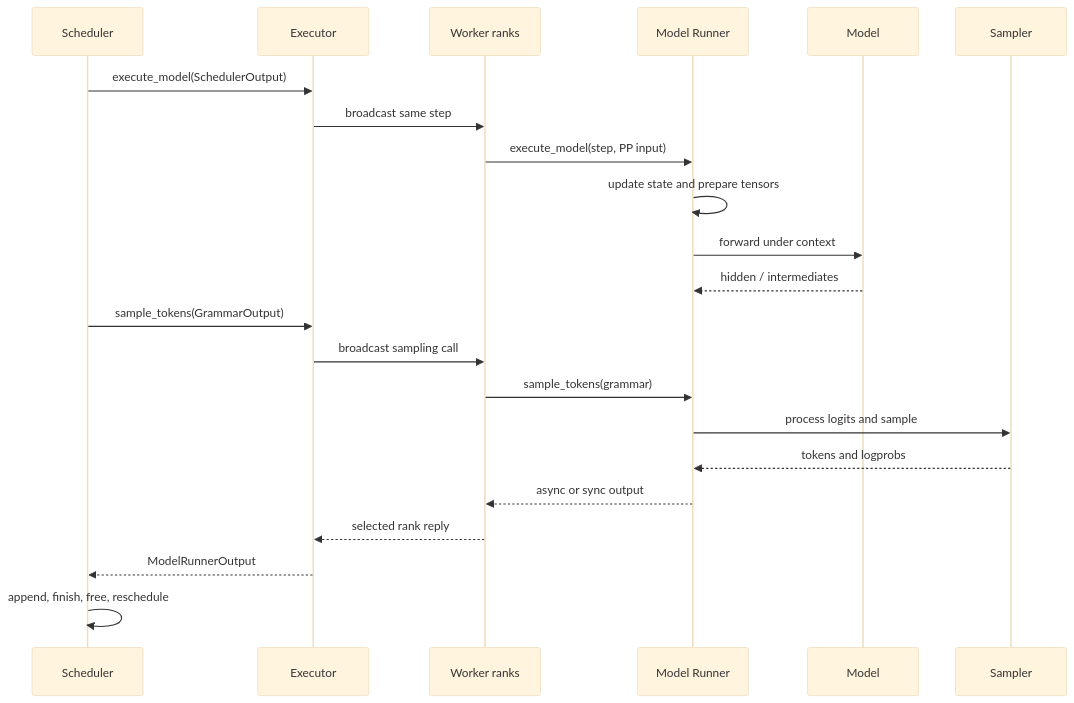
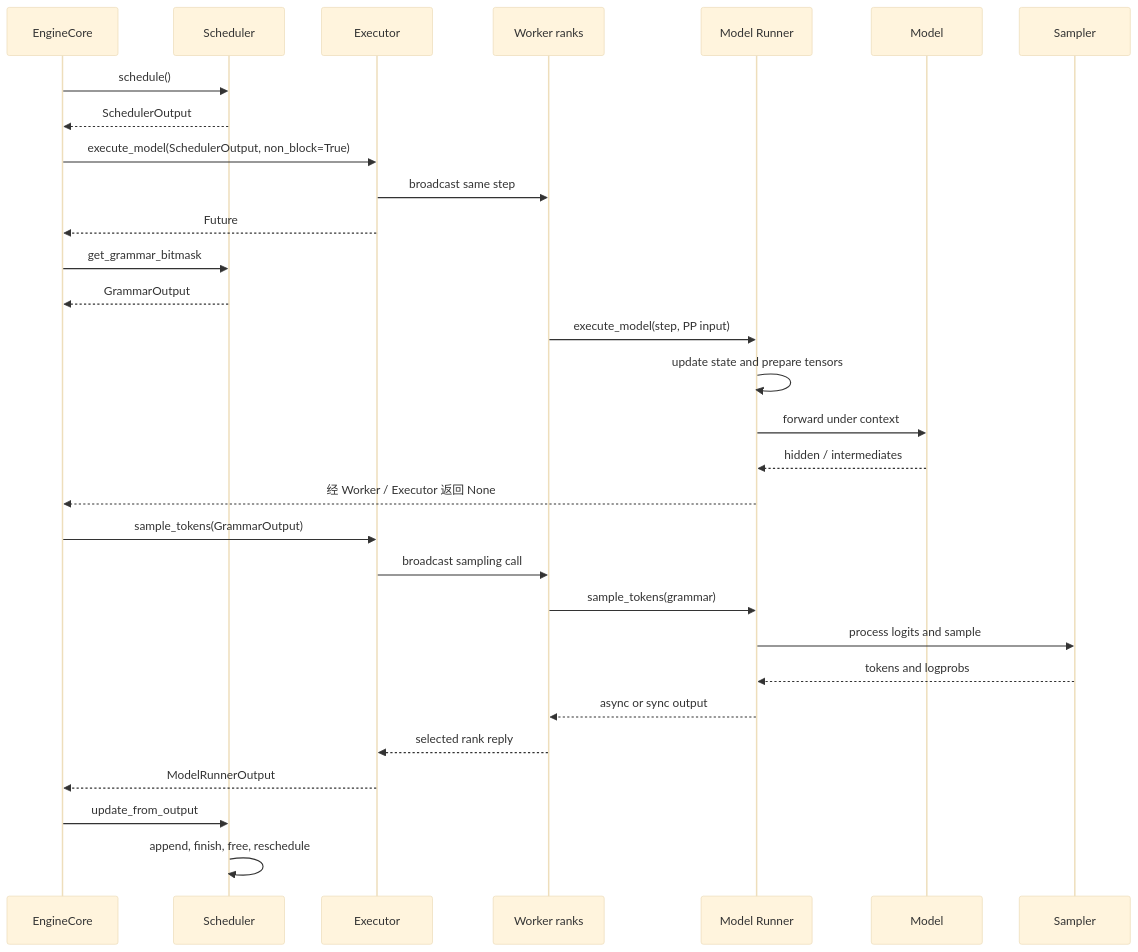
Before and after one commit to cluster1900/vllm_reader: diagram 37 of 41 in book/07-model-execution/README.md, drawn with Mermaid (base theme). The commit also changed other lines of this file and 38 other files, not shown here.

````diff
--- a/book/07-model-execution/README.md
+++ b/book/07-model-execution/README.md
@@ -945,24 +971,32 @@
 ```mermaid
 sequenceDiagram
+    participant EC as EngineCore
     participant S as Scheduler
     participant E as Executor
     participant W as Worker ranks
     participant R as Model Runner
     participant M as Model
     participant P as Sampler
-    S->>E: execute_model(SchedulerOutput)
+    EC->>S: schedule()
+    S-->>EC: SchedulerOutput
+    EC->>E: execute_model(SchedulerOutput, non_block=True)
     E->>W: broadcast same step
+    E-->>EC: Future
+    EC->>S: get_grammar_bitmask
+    S-->>EC: GrammarOutput
     W->>R: execute_model(step, PP input)
     R->>R: update state and prepare tensors
     R->>M: forward under context
     M-->>R: hidden / intermediates
-    S->>E: sample_tokens(GrammarOutput)
+    R-->>EC: 经 Worker / Executor 返回 None
+    EC->>E: sample_tokens(GrammarOutput)
     E->>W: broadcast sampling call
     W->>R: sample_tokens(grammar)
     R->>P: process logits and sample
     P-->>R: tokens and logprobs
     R-->>W: async or sync output
     W-->>E: selected rank reply
-    E-->>S: ModelRunnerOutput
+    E-->>EC: ModelRunnerOutput
+    EC->>S: update_from_output
     S->>S: append, finish, free, reschedule
 ```
````
